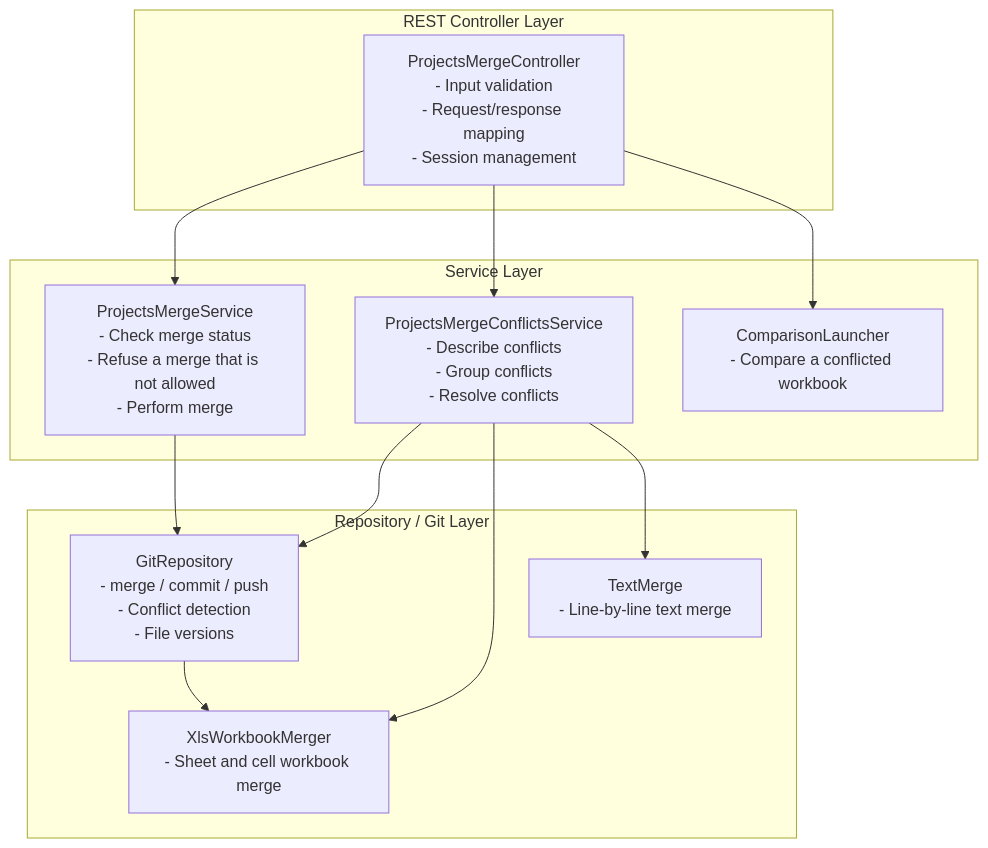
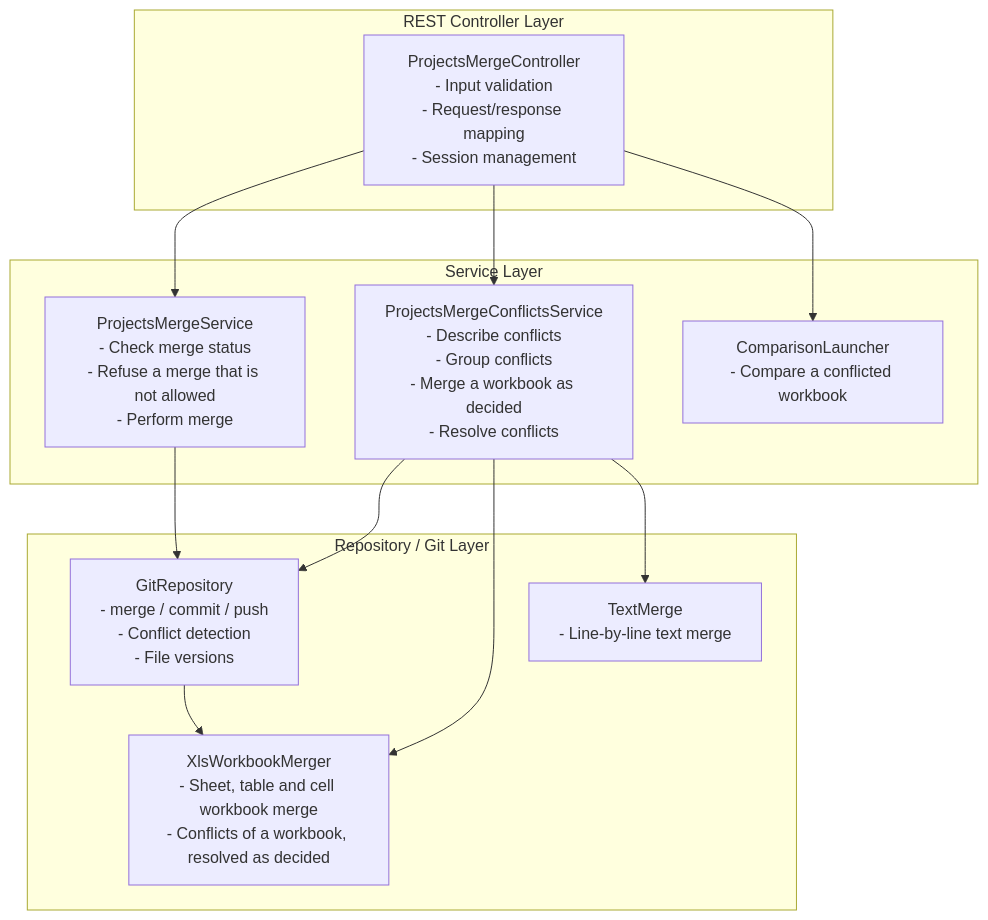
One commit to openl-tablets/openl-tablets changed the first of 2 diagrams in Docs/api/projects-merge-api.md. Above: the diagram before and after it, drawn with Mermaid. The commit also changed other lines of this file and 148 other files, not shown here.

Commit message:
EPBDS-16885 Resolve the conflicts of a workbook table by table in the Resolve Conflicts dialog

````diff
--- a/Docs/api/projects-merge-api.md
+++ b/Docs/api/projects-merge-api.md
@@ -58,31 +61,31 @@
 ```mermaid
 flowchart TB
     %% REST Controller Layer
     subgraph REST["REST Controller Layer"]
         C[ProjectsMergeController<br/>- Input validation<br/>- Request/response mapping<br/>- Session management]
     end
 
     %% Service Layer
     subgraph SERVICE["Service Layer"]
         S1[ProjectsMergeService<br/>- Check merge status<br/>- Refuse a merge that is not allowed<br/>- Perform merge]
-        S2[ProjectsMergeConflictsService<br/>- Describe conflicts<br/>- Group conflicts<br/>- Resolve conflicts]
+        S2[ProjectsMergeConflictsService<br/>- Describe conflicts<br/>- Group conflicts<br/>- Merge a workbook as decided<br/>- Resolve conflicts]
         S3[ComparisonLauncher<br/>- Compare a conflicted workbook]
     end
 
     %% Repository / Git Layer
     subgraph GIT["Repository / Git Layer"]
         G[GitRepository<br/>- merge / commit / push<br/>- Conflict detection<br/>- File versions]
-        X[XlsWorkbookMerger<br/>- Sheet and cell workbook merge]
+        X[XlsWorkbookMerger<br/>- Sheet, table and cell workbook merge<br/>- Conflicts of a workbook, resolved as decided]
         T[TextMerge<br/>- Line-by-line text merge]
     end
 
     %% Connections
     C --> S1
     C --> S2
     C --> S3
     S1 --> G
     S2 --> G
     S2 --> X
     S2 --> T
     G --> X
 ```
````
